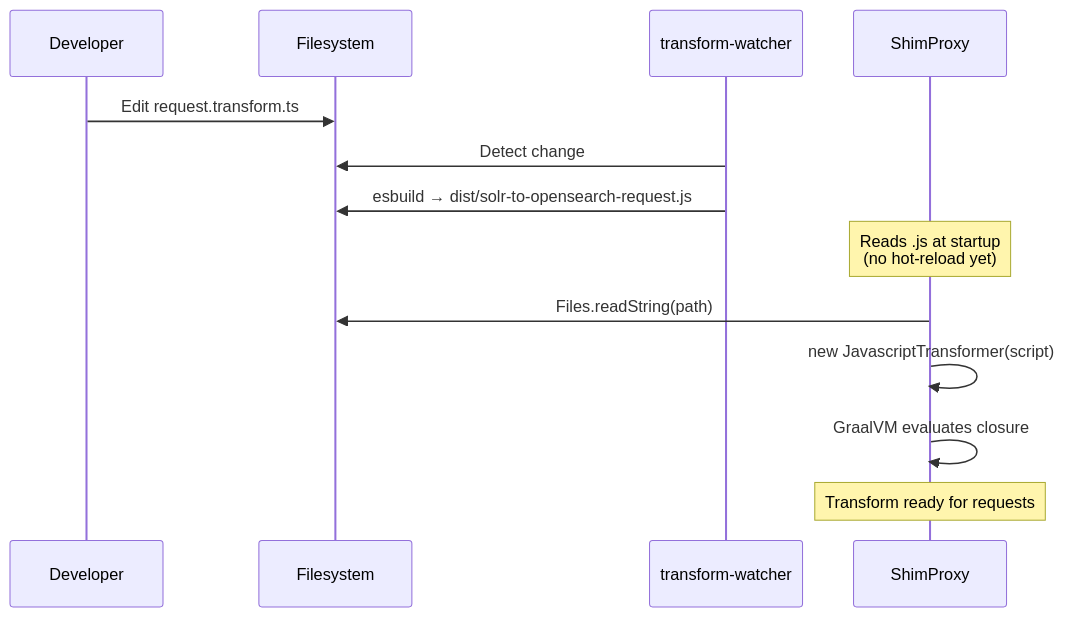
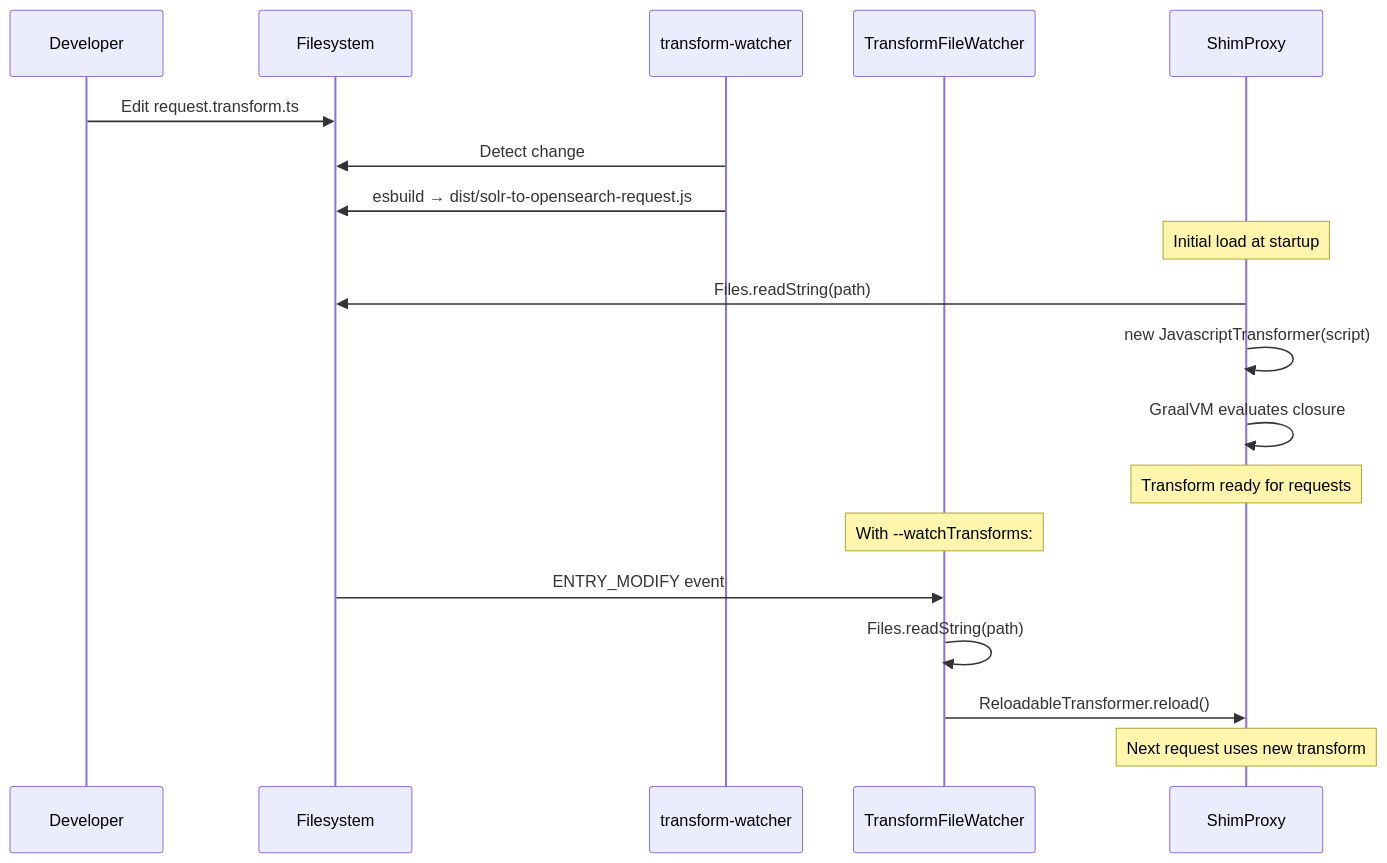
The second of 6 diagrams in TrafficCapture/SolrTransformations/docs/TRANSFORMS.md (opensearch-project/opensearch-migrations), drawn with Mermaid before and after one commit. The commit also changed other lines of this file and 13 other files, not shown here.

````diff
--- a/TrafficCapture/SolrTransformations/docs/TRANSFORMS.md
+++ b/TrafficCapture/SolrTransformations/docs/TRANSFORMS.md
@@ -90,16 +90,22 @@
 ```mermaid
 sequenceDiagram
     participant Dev as Developer
     participant FS as Filesystem
     participant Watcher as transform-watcher
+    participant FW as TransformFileWatcher
     participant Shim as ShimProxy
 
     Dev->>FS: Edit request.transform.ts
     Watcher->>FS: Detect change
     Watcher->>FS: esbuild → dist/solr-to-opensearch-request.js
-    Note over Shim: Reads .js at startup<br/>(no hot-reload yet)
+    Note over Shim: Initial load at startup
     Shim->>FS: Files.readString(path)
     Shim->>Shim: new JavascriptTransformer(script)
     Shim->>Shim: GraalVM evaluates closure
     Note over Shim: Transform ready for requests
+    Note over FW: With --watchTransforms:
+    FS->>FW: ENTRY_MODIFY event
+    FW->>FW: Files.readString(path)
+    FW->>Shim: ReloadableTransformer.reload()
+    Note over Shim: Next request uses new transform
 ```
````
